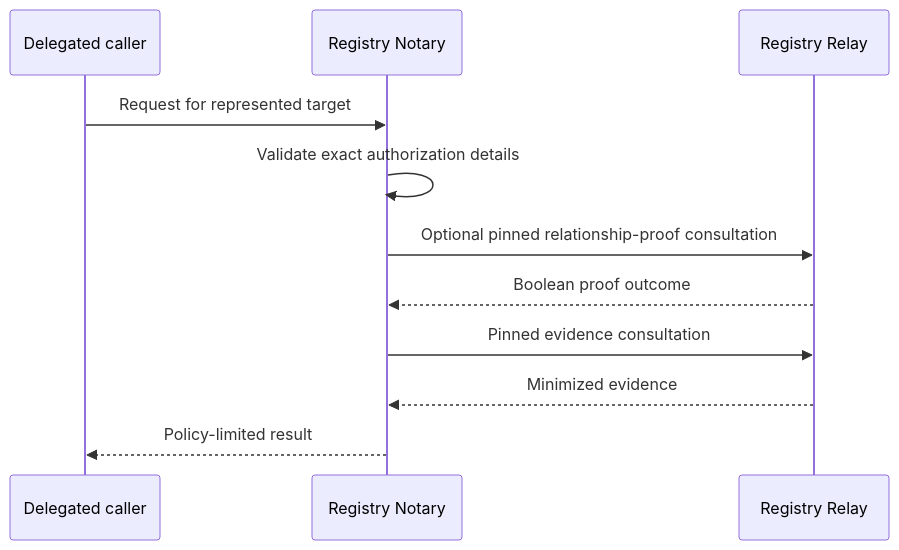
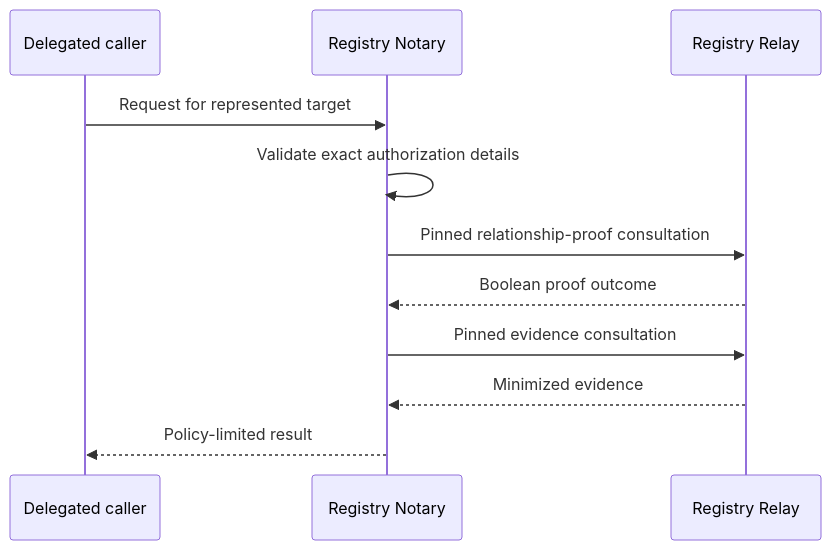
One commit to registrystack/registry-stack changed the third of 3 diagrams in products/notary/docs/notary-scenario-patterns.md. Above: the diagram before and after it, drawn with Mermaid. The commit also changed other lines of this file and 166 other files, not shown here.

````diff
--- a/products/notary/docs/notary-scenario-patterns.md
+++ b/products/notary/docs/notary-scenario-patterns.md
@@ -47,14 +49,14 @@
 ```mermaid
 sequenceDiagram
   participant Caller as Delegated caller
   participant Notary as Registry Notary
   participant Relay as Registry Relay
 
   Caller->>Notary: Request for represented target
   Notary->>Notary: Validate exact authorization details
-  Notary->>Relay: Optional pinned relationship-proof consultation
+  Notary->>Relay: Pinned relationship-proof consultation
   Relay-->>Notary: Boolean proof outcome
   Notary->>Relay: Pinned evidence consultation
   Relay-->>Notary: Minimized evidence
   Notary-->>Caller: Policy-limited result
 ```
````
